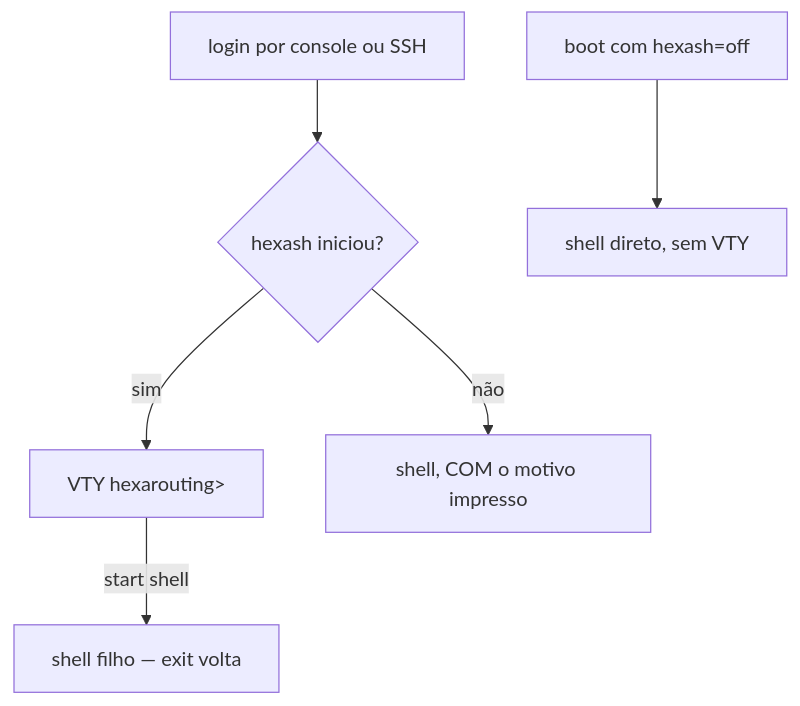
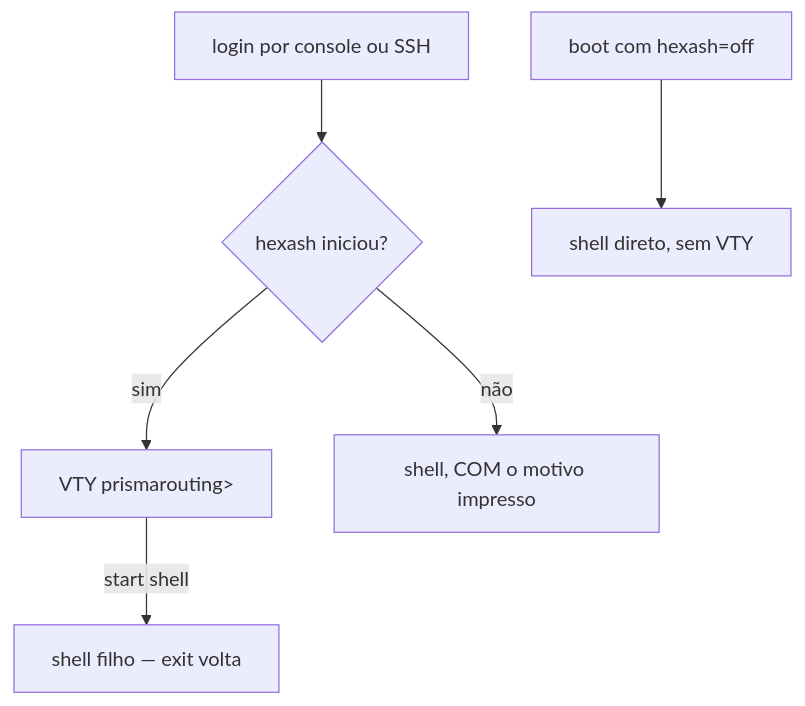
The diagram in wiki/comecar-aqui/acesso-login-e-papeis.md (andrediashexa/prismarouting), drawn with Mermaid before and after one commit. The commit also changed 78 other files, not shown here.

````diff
--- a/wiki/comecar-aqui/acesso-login-e-papeis.md
+++ b/wiki/comecar-aqui/acesso-login-e-papeis.md
@@ -3,8 +3,8 @@
 ```mermaid
 flowchart TD
     L["login por console ou SSH"] --> H{"hexash iniciou?"}
-    H -->|sim| V["VTY hexarouting&gt;"]
+    H -->|sim| V["VTY prismarouting&gt;"]
     H -->|não| F["shell, COM o motivo impresso"]
     V -->|"start shell"| S["shell filho — exit volta"]
     B["boot com hexash=off"] --> F2["shell direto, sem VTY"]
 ```
````
